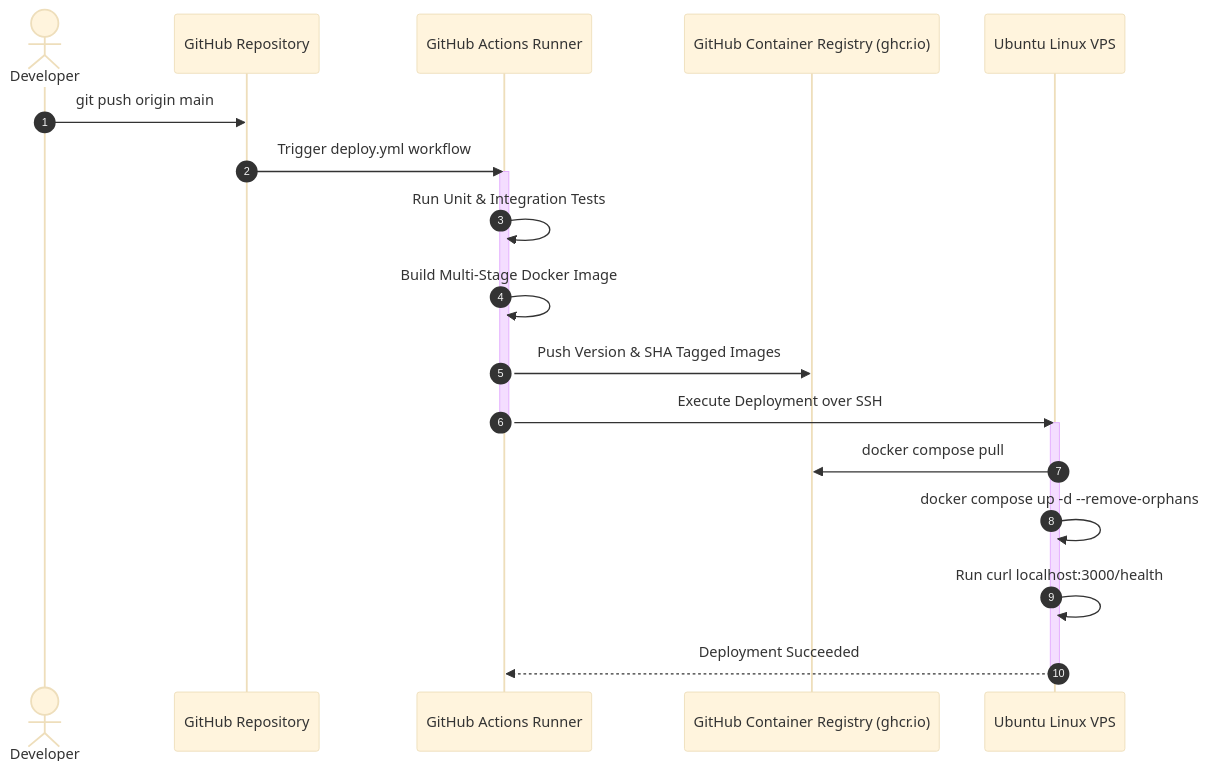
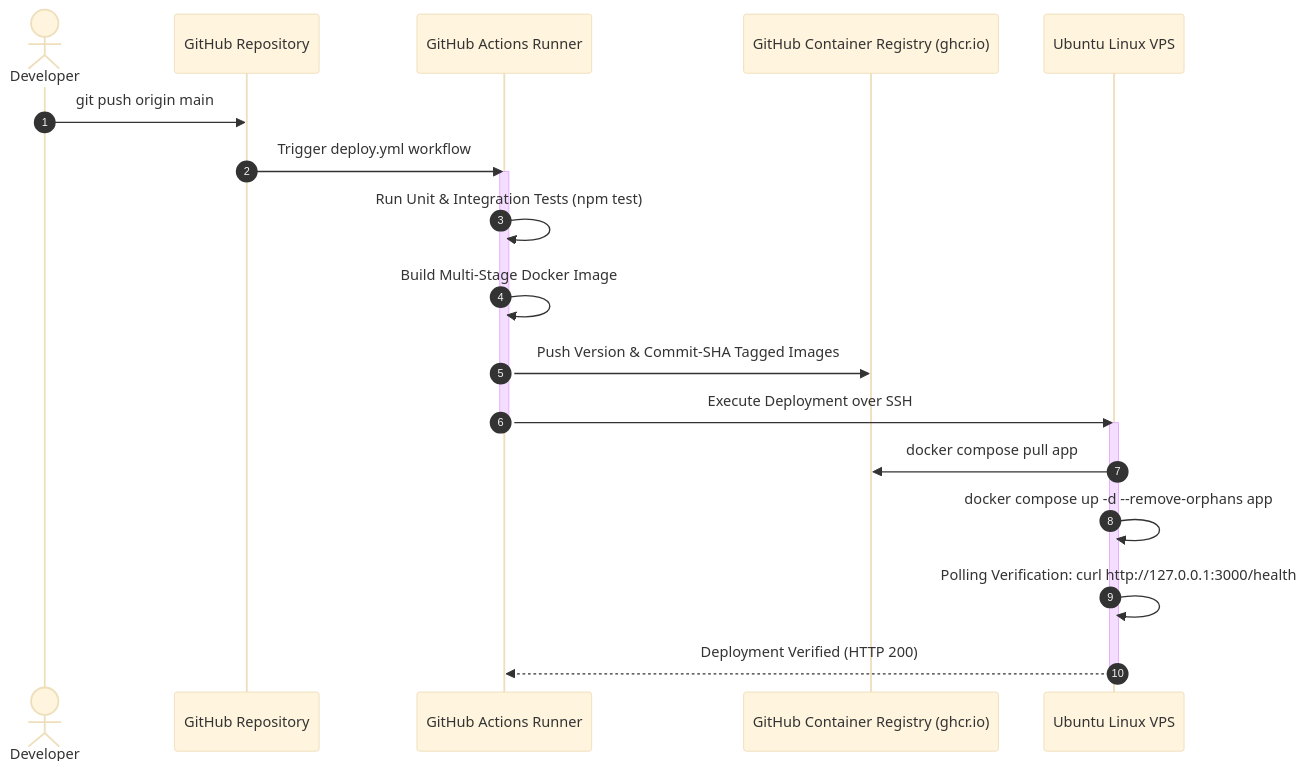
The second of 2 diagrams in README.md (saurabhg4356/ShipIt), drawn with Mermaid (base theme) before and after one commit. The commit also changed other lines of this file and 4 other files, not shown here.

````diff
--- a/README.md
+++ b/README.md
@@ -59,24 +59,24 @@
 ```mermaid
 sequenceDiagram
     autonumber
     actor Dev as Developer
     participant GH as GitHub Repository
     participant GHA as GitHub Actions Runner
     participant GHCR as GitHub Container Registry (ghcr.io)
     participant VPS as Ubuntu Linux VPS
 
     Dev->>GH: git push origin main
     GH->>GHA: Trigger deploy.yml workflow
     activate GHA
-    GHA->>GHA: Run Unit & Integration Tests
+    GHA->>GHA: Run Unit & Integration Tests (npm test)
     GHA->>GHA: Build Multi-Stage Docker Image
-    GHA->>GHCR: Push Version & SHA Tagged Images
+    GHA->>GHCR: Push Version & Commit-SHA Tagged Images
     GHA->>VPS: Execute Deployment over SSH
     deactivate GHA
     activate VPS
-    VPS->>GHCR: docker compose pull
-    VPS->>VPS: docker compose up -d --remove-orphans
-    VPS->>VPS: Run curl localhost:3000/health
-    VPS-->>GHA: Deployment Succeeded
+    VPS->>GHCR: docker compose pull app
+    VPS->>VPS: docker compose up -d --remove-orphans app
+    VPS->>VPS: Polling Verification: curl http://127.0.0.1:3000/health
+    VPS-->>GHA: Deployment Verified (HTTP 200)
     deactivate VPS
 ```
````
